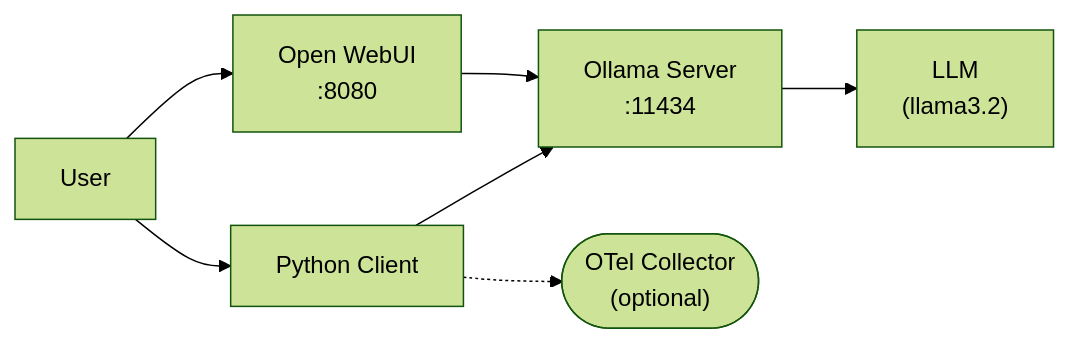
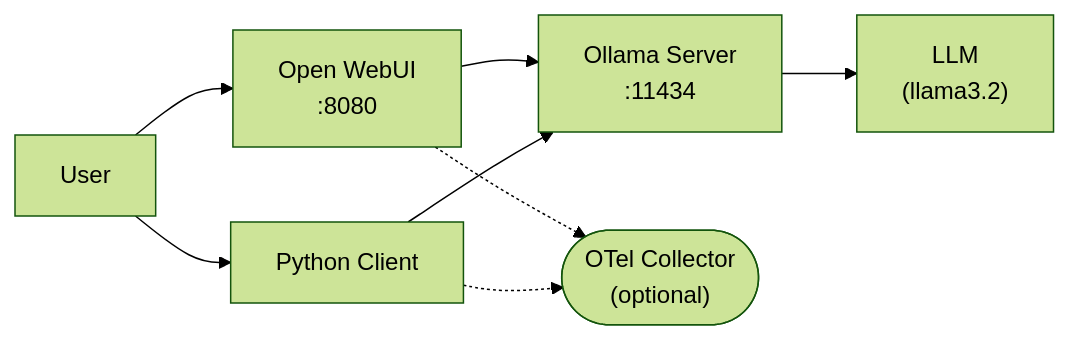
The diagram in README.md (kylehounslow/ollama-docker-compose), drawn with Mermaid (forest theme) before and after one commit.

````diff
--- a/README.md
+++ b/README.md
@@ -5,9 +5,10 @@
 ```mermaid
 graph LR
     A[User] --> B[Open WebUI<br/>:8080]
     A --> C[Python Client]
     B --> D[Ollama Server<br/>:11434]
     C --> D
     D --> E["LLM<br/>(llama3.2)"]
-    C -.-> F(["OTel Collector<br/>(optional)"])
+    B -.-> F(["OTel Collector<br/>(optional)"])
+    C -.-> F
 ```
````
